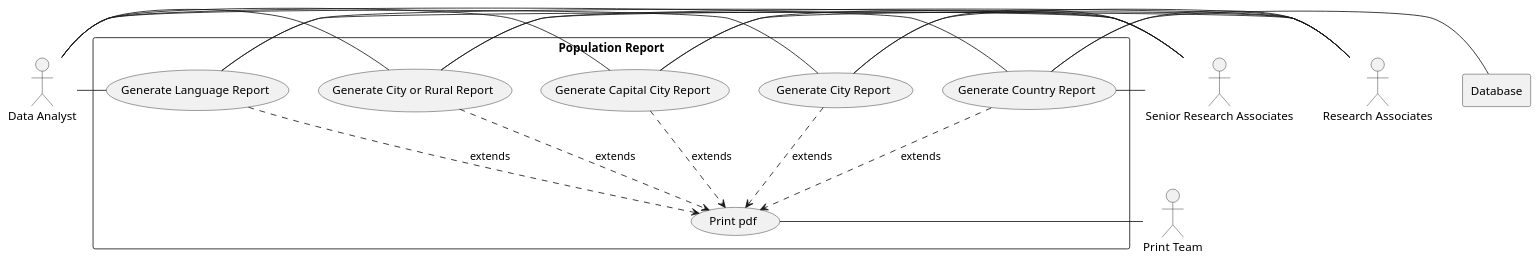
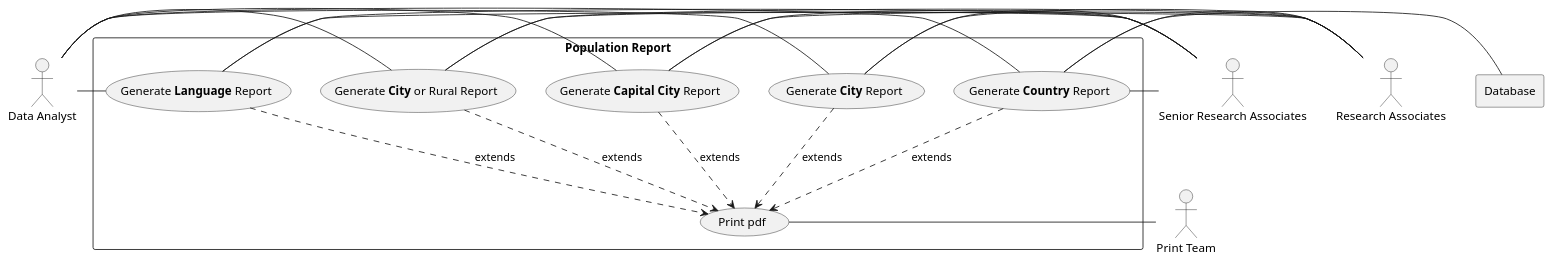
Before and after one commit to TDiggens/group-2-project: the diagram in Use Case Diagram Population Report.puml, drawn with PlantUML.

Commit message:
Bold report Titles

```diff
--- a/Use Case Diagram Population Report.puml
+++ b/Use Case Diagram Population Report.puml
@@ -1,47 +1,47 @@
 @startuml
 
 actor DA as "Data Analyst"
 actor SR as "Senior Research Associates"
 actor RA as "Research Associates"
 
 actor PT as "Print Team"
 
 rectangle Database
 
 rectangle "Population Report" {
-    usecase UC1 as "Generate Country Report"
-    usecase UC2 as "Generate City Report"
-    usecase UC3 as "Generate Capital City Report"
-    usecase UC4 as "Generate City or Rural Report"
-    usecase UC5 as "Generate Language Report"
+    usecase UC1 as "Generate **Country** Report"
+    usecase UC2 as "Generate **City** Report"
+    usecase UC3 as "Generate **Capital City** Report"
+    usecase UC4 as "Generate **City** or Rural Report"
+    usecase UC5 as "Generate **Language** Report"
     usecase UCa as "Print pdf"
 
     DA - UC1
     DA - UC2
     DA - UC3
     DA - UC4
     DA - UC5
 
     SR - UC1
     SR - UC2
     SR - UC3
     SR - UC4
     SR - UC5
 
     RA - UC1
     RA - UC2
     RA - UC3
     RA - UC4
     RA - UC5
 
     PT - UCa
 
     UC1 ..>UCa : extends
     UC2 ..>UCa : extends
     UC3 ..>UCa : extends
     UC4 ..>UCa : extends
     UC5 ..>UCa : extends
     UC1 - Database
 }
 
 @enduml
```
